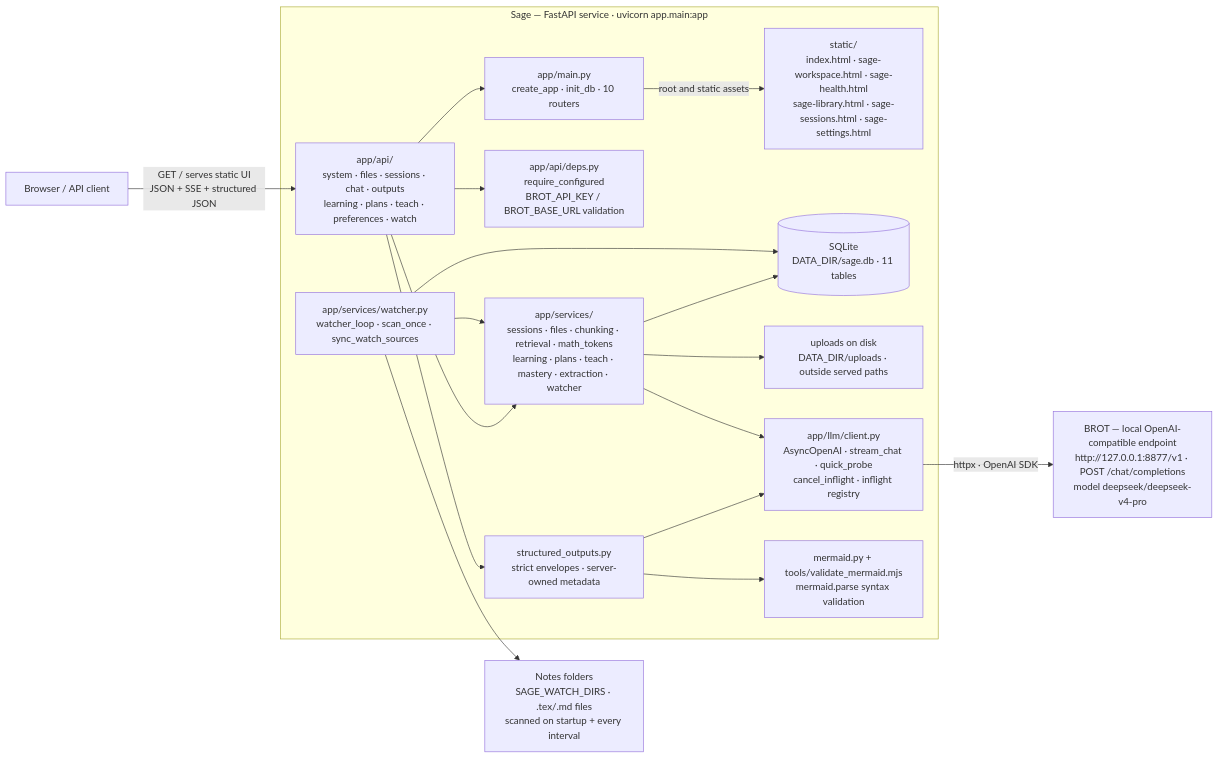
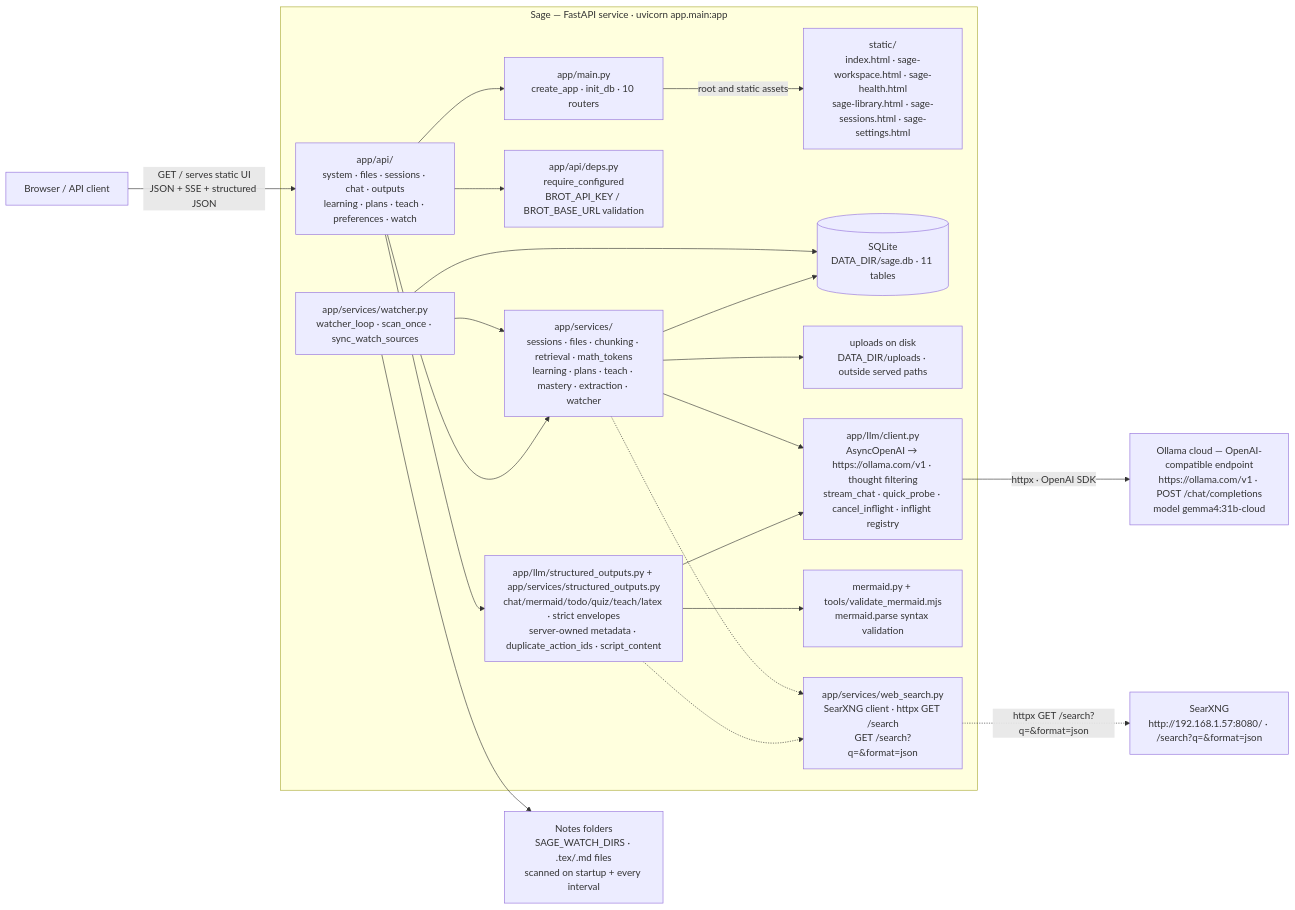
Before and after one commit to totallynotbrent/Sage: the first of 5 diagrams in README.md, drawn with Mermaid. The commit also changed other lines of this file and 25 other files, not shown here.

````diff
--- a/README.md
+++ b/README.md
@@ -100,35 +101,40 @@
 ```mermaid
 flowchart LR
     CLIENT["Browser / API client"] -->|"GET / serves static UI<br/>JSON + SSE + structured JSON"| API
-    B["BROT — local OpenAI-compatible endpoint<br/>http://127.0.0.1:8877/v1 · POST /chat/completions<br/>model deepseek/deepseek-v4-pro"]
+    B["Ollama cloud — OpenAI-compatible endpoint<br/>https://ollama.com/v1 · POST /chat/completions<br/>model gemma4:31b-cloud"]
+    SEARXNG["SearXNG<br/>http://192.168.1.57:8080/ · /search?q=&format=json"]
 
     subgraph APP["Sage — FastAPI service · uvicorn app.main:app"]
         MAIN["app/main.py<br/>create_app · init_db · 10 routers"]
         UI["static/<br/>index.html · sage-workspace.html · sage-health.html<br/>sage-library.html · sage-sessions.html · sage-settings.html"]
         API["app/api/<br/>system · files · sessions · chat · outputs<br/>learning · plans · teach · preferences · watch"]
         DEPS["app/api/deps.py<br/>require_configured<br/>BROT_API_KEY / BROT_BASE_URL validation"]
         SVC["app/services/<br/>sessions · files · chunking · retrieval · math_tokens<br/>learning · plans · teach · mastery · extraction · watcher"]
         WATCH["app/services/watcher.py<br/>watcher_loop · scan_once · sync_watch_sources"]
         DB[("SQLite<br/>DATA_DIR/sage.db · 11 tables")]
         UP["uploads on disk<br/>DATA_DIR/uploads · outside served paths"]
-        LLM["app/llm/client.py<br/>AsyncOpenAI · stream_chat · quick_probe<br/>cancel_inflight · inflight registry"]
-        STRUCT["structured_outputs.py<br/>strict envelopes · server-owned metadata"]
+        LLM["app/llm/client.py<br/>AsyncOpenAI → https://ollama.com/v1 · thought filtering<br/>stream_chat · quick_probe · cancel_inflight · inflight registry"]
+        STRUCT["app/llm/structured_outputs.py + app/services/structured_outputs.py<br/>chat/mermaid/todo/quiz/teach/latex · strict envelopes<br/>server-owned metadata · duplicate_action_ids · script_content"]
         MERMAID["mermaid.py + tools/validate_mermaid.mjs<br/>mermaid.parse syntax validation"]
+        WEBSEARCH["app/services/web_search.py<br/>SearXNG client · httpx GET /search<br/>GET /search?q=&format=json"]
     end
     NOTES["Notes folders<br/>SAGE_WATCH_DIRS · .tex/.md files<br/>scanned on startup + every interval"]
 
     API --> MAIN
     MAIN -->|"root and static assets"| UI
     API --> DEPS
     API --> SVC
     API --> STRUCT
     STRUCT --> MERMAID
     STRUCT --> LLM
+    STRUCT -.-> WEBSEARCH
     SVC --> DB
     SVC --> UP
     SVC --> LLM
+    SVC -.-> WEBSEARCH
+    WEBSEARCH -.->|"httpx GET /search?q=&format=json"| SEARXNG
     WATCH --> NOTES
     WATCH --> DB
     WATCH --> SVC
     LLM -->|"httpx · OpenAI SDK"| B
 ```
````
